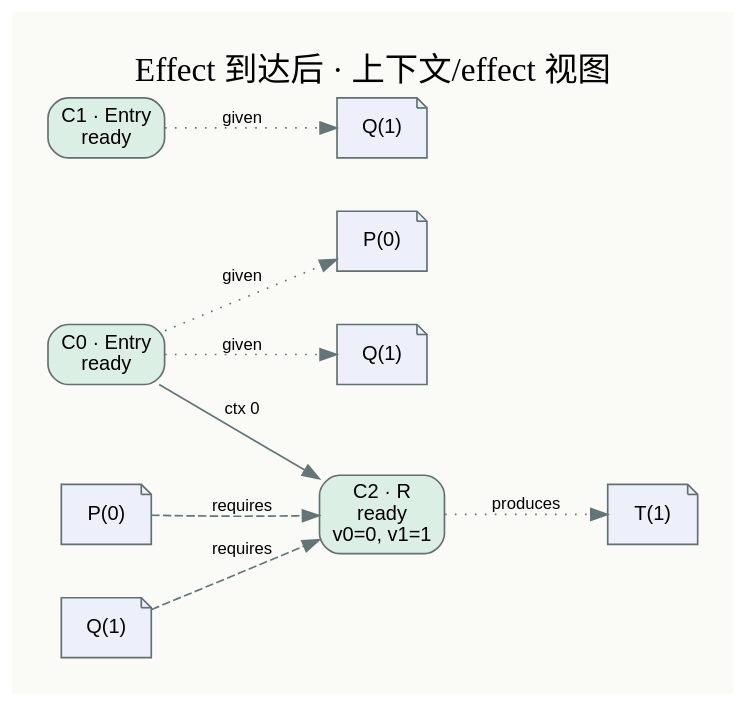
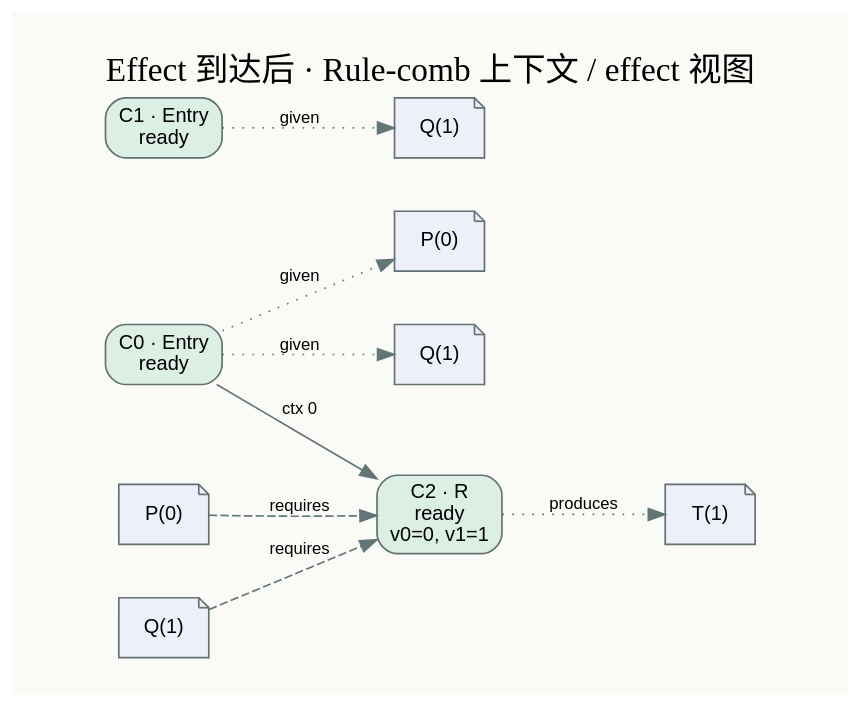
The diagram in experiments/tier1_effects/after.dot (MilkBlock/fractal_egraph), drawn with Graphviz before and after one commit. The commit also changed 17 other files, not shown here.

```diff
--- a/experiments/tier1_effects/after.dot
+++ b/experiments/tier1_effects/after.dot
@@ -1,22 +1,22 @@
 digraph G {
 graph [rankdir=LR,bgcolor="#fafaf7",pad=0.3,nodesep=0.45,ranksep=0.8];
 node [fontname="Arial",fontsize=12,shape=box,style="rounded,filled",color="#62706f"];
 edge [fontname="Arial",fontsize=10,color="#637577"];
-label="Effect 到达后 · 上下文/effect 视图";labelloc=t;fontsize=20;
+label="Effect 到达后 · Rule-comb 上下文 / effect 视图";labelloc=t;fontsize=20;
 c0 [label="C0 · Entry\nready",fillcolor="#dcefe5"];
 e0_given_0 [label="P(0)",shape=note,fillcolor="#edf0fa"];
 c0 -> e0_given_0 [style=dotted,label="given"];
 e0_given_1 [label="Q(1)",shape=note,fillcolor="#edf0fa"];
 c0 -> e0_given_1 [style=dotted,label="given"];
 c1 [label="C1 · Entry\nready",fillcolor="#dcefe5"];
 e1_given_0 [label="Q(1)",shape=note,fillcolor="#edf0fa"];
 c1 -> e1_given_0 [style=dotted,label="given"];
 c2 [label="C2 · R\nready\nv0=0, v1=1",fillcolor="#dcefe5"];
 c0 -> c2 [label="ctx 0"];
 e2_requires_0 [label="P(0)",shape=note,fillcolor="#edf0fa"];
 e2_requires_0 -> c2 [style=dashed,label="requires"];
 e2_requires_1 [label="Q(1)",shape=note,fillcolor="#edf0fa"];
 e2_requires_1 -> c2 [style=dashed,label="requires"];
 e2_produces_0 [label="T(1)",shape=note,fillcolor="#edf0fa"];
 c2 -> e2_produces_0 [style=dotted,label="produces"];
 }
```
